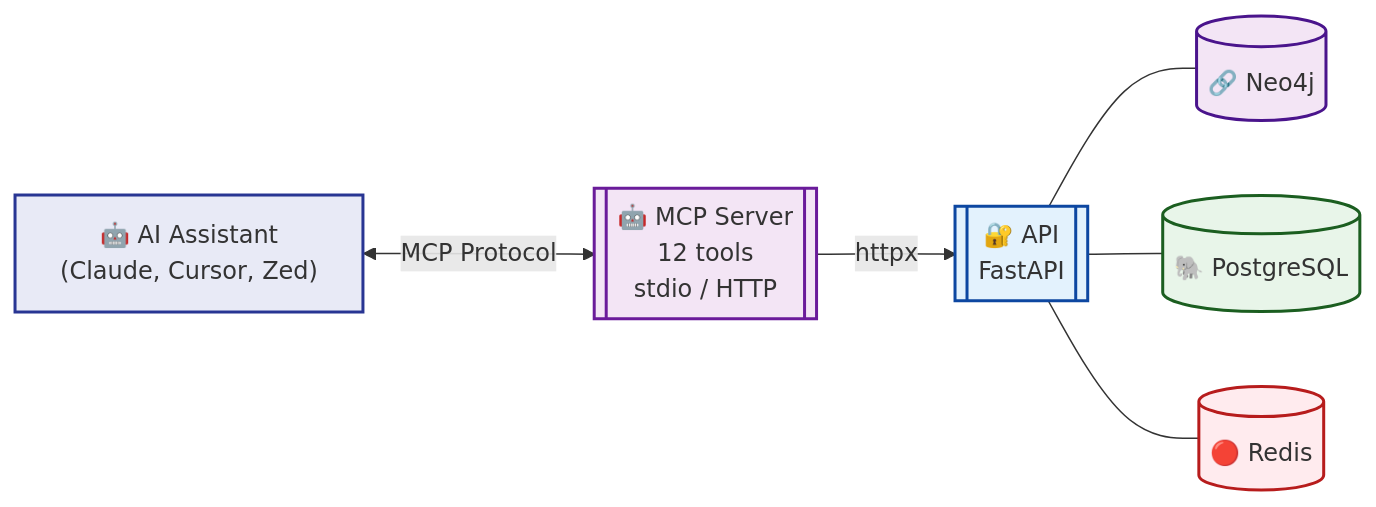
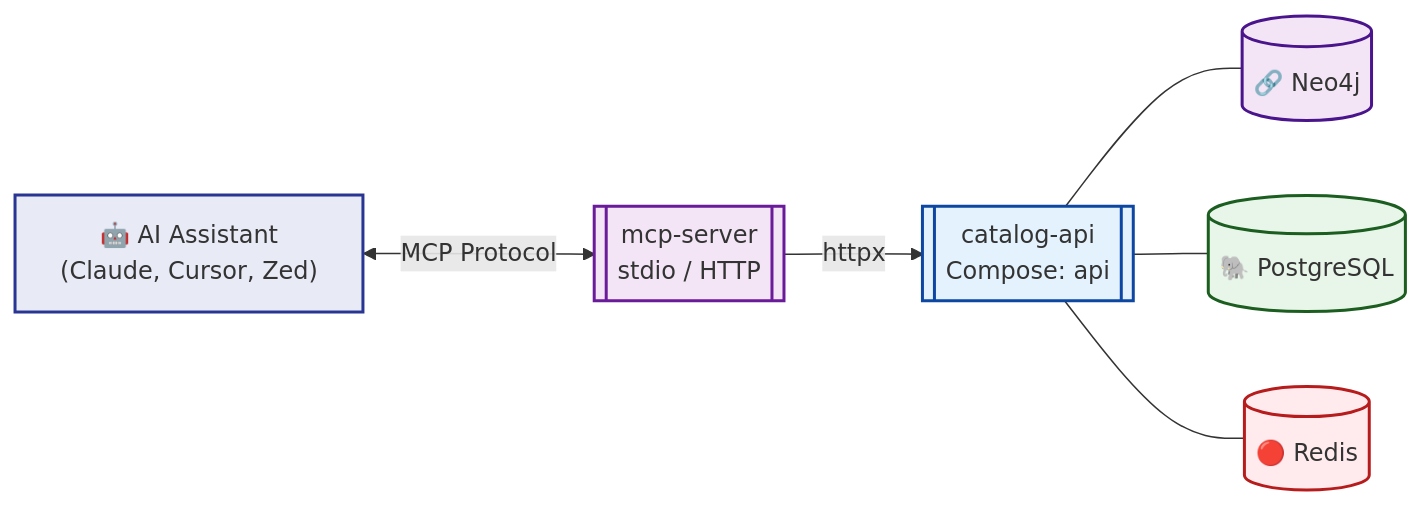
Before and after one commit to groovemap-music/deployment: the fourth of 7 diagrams in docs/architecture.md, drawn with Mermaid. The commit also changed other lines of this file and 19 other files, not shown here.

````diff
--- a/docs/architecture.md
+++ b/docs/architecture.md
@@ -189,21 +194,21 @@
 ```mermaid
 graph LR
     AI["🤖 AI Assistant<br/>(Claude, Cursor, Zed)"]
-    MCP[["🤖 MCP Server<br/>12 tools<br/>stdio / HTTP"]]
-    API[["🔐 API<br/>FastAPI"]]
+    MCP[["mcp-server<br/>stdio / HTTP"]]
+    API[["catalog-api<br/>Compose: api"]]
 
     NEO4J[("🔗 Neo4j")]
     PG[("🐘 PostgreSQL")]
     REDIS[("🔴 Redis")]
 
     AI <-->|MCP Protocol| MCP
     MCP -->|httpx| API
     API --- NEO4J & PG & REDIS
 
     style AI fill:#e8eaf6,stroke:#283593,stroke-width:2px
     style MCP fill:#f3e5f5,stroke:#6a1b9a,stroke-width:2px
     style API fill:#e3f2fd,stroke:#0d47a1,stroke-width:2px
     style NEO4J fill:#f3e5f5,stroke:#4a148c,stroke-width:2px
     style PG fill:#e8f5e9,stroke:#1b5e20,stroke-width:2px
     style REDIS fill:#ffebee,stroke:#b71c1c,stroke-width:2px
 ```
````
